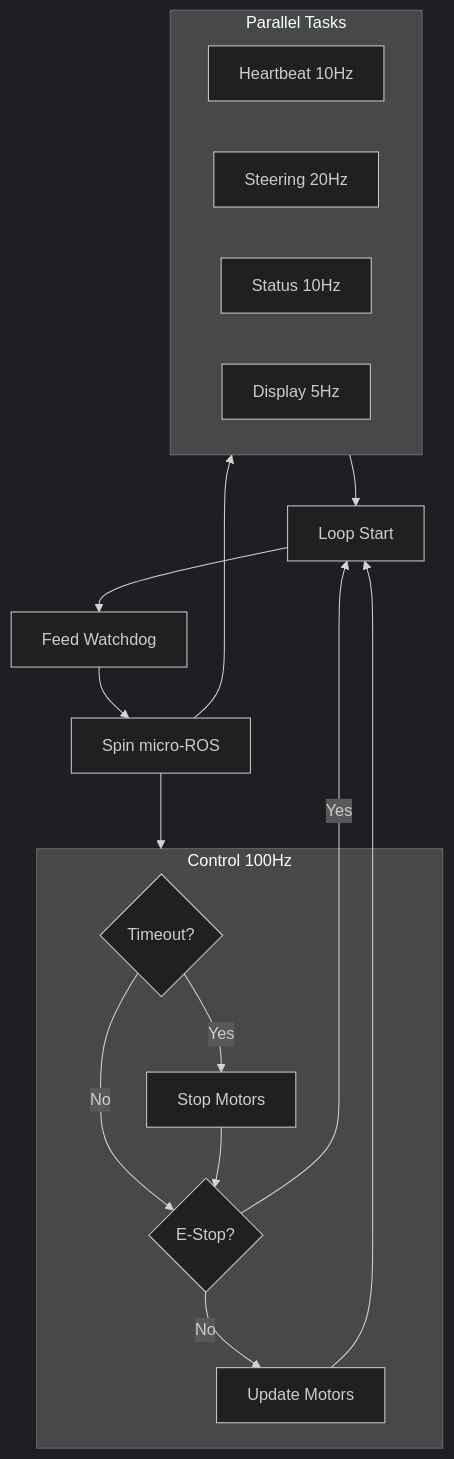
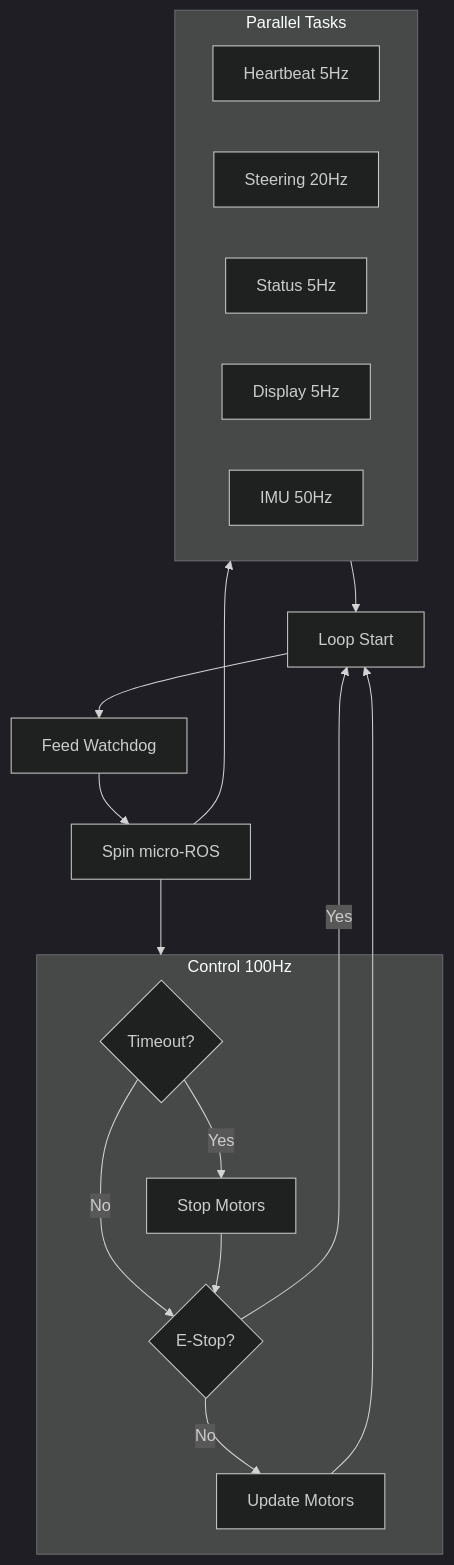
The tenth of 13 diagrams in SYSTEM_DOCUMENTATION.md (KashmeeraTT/Ackerman_UGV), drawn with Mermaid (dark theme) before and after one commit. The commit also changed other lines of this file and 11 other files, not shown here.

Commit message:
feat: Implement dynamic steering calibration, refactor controller architecture by removing old headers, and adjust firmware publishing rates.

````diff
--- a/SYSTEM_DOCUMENTATION.md
+++ b/SYSTEM_DOCUMENTATION.md
@@ -464,32 +493,33 @@
 ```mermaid
 flowchart TB
     START[Loop Start]
     WDT[Feed Watchdog]
     SPIN[Spin micro-ROS]
     
     subgraph Control[Control 100Hz]
         TIMEOUT{Timeout?}
         STOP1[Stop Motors]
         ESTOP{E-Stop?}
         UPDATE[Update Motors]
     end
     
     subgraph Parallel[Parallel Tasks]
-        HB[Heartbeat 10Hz]
+        HB[Heartbeat 5Hz]
         SA[Steering 20Hz]
-        ST[Status 10Hz]
+        ST[Status 5Hz]
         DSP[Display 5Hz]
+        IMU_PUB[IMU 50Hz]
     end
     
     START --> WDT
     WDT --> SPIN
     SPIN --> Control
     SPIN --> Parallel
     TIMEOUT -->|Yes| STOP1
     TIMEOUT -->|No| ESTOP
     STOP1 --> ESTOP
     ESTOP -->|Yes| START
     ESTOP -->|No| UPDATE
     UPDATE --> START
     Parallel --> START
 ```
````
